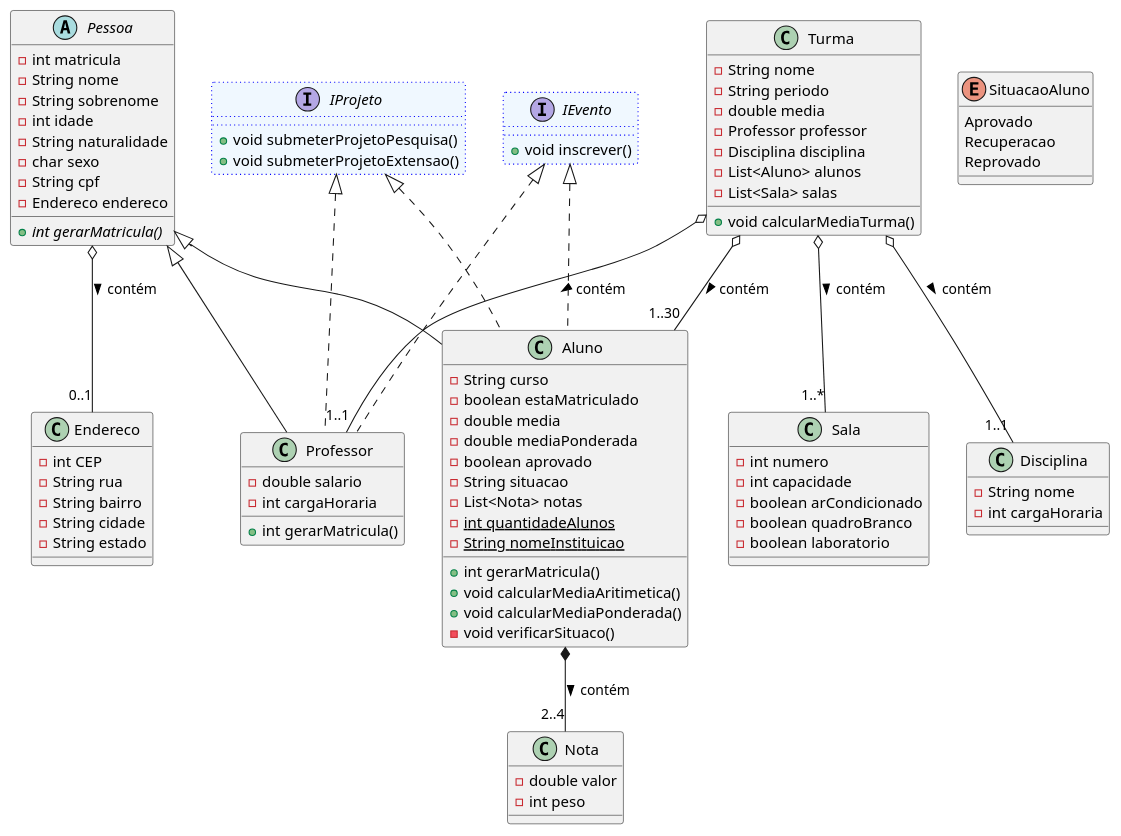
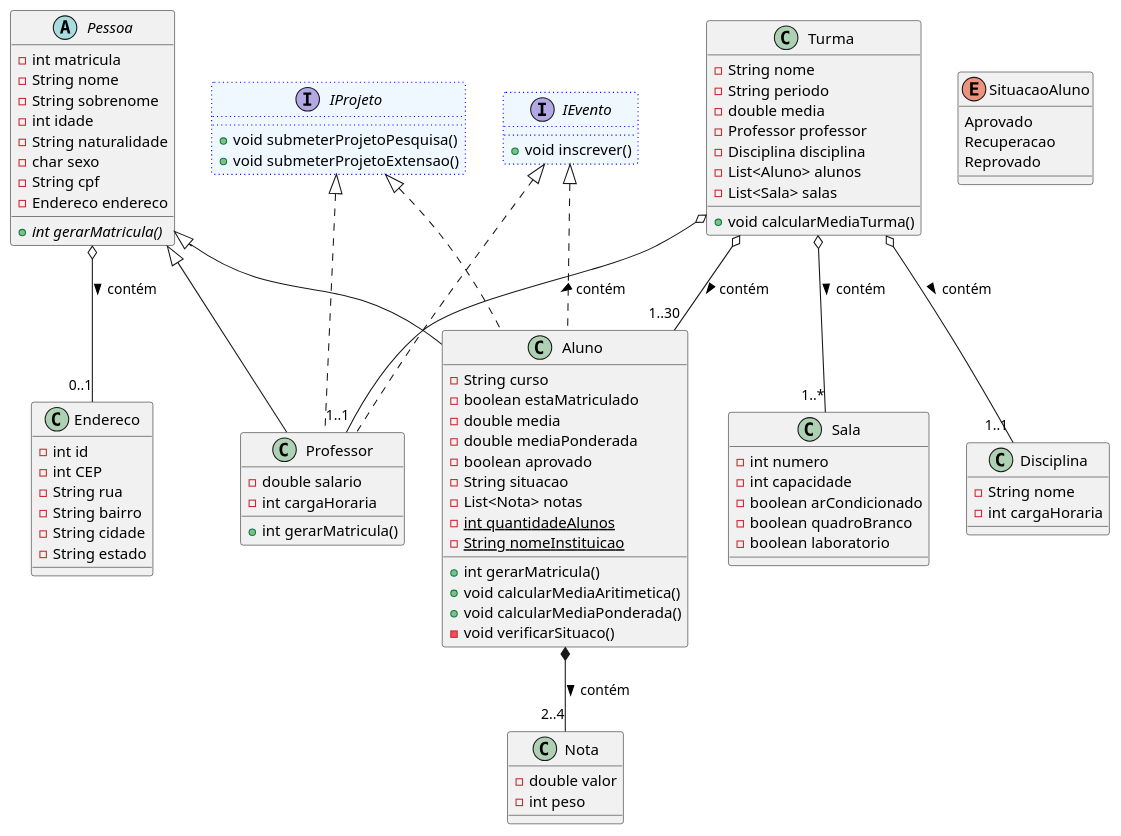
One commit to diegoarmandoo/academico-api changed the diagram in diagramas/DiagramaClasse.wsd. Above: the diagram before and after it, drawn with PlantUML.

Commit message:
refactor(DiagramaClasse): acrescenta id na classe endereco

```diff
--- a/diagramas/DiagramaClasse.wsd
+++ b/diagramas/DiagramaClasse.wsd
@@ -1,112 +1,113 @@
 @startuml Academico
 
     Class Endereco {
+        - int id
         - int CEP
         - String rua
         - String bairro
         - String cidade
         - String estado
     }
 
     abstract Class Pessoa {
         - int matricula
         - String nome
         - String sobrenome
         - int idade
         - String naturalidade
         - char sexo
         - String cpf
         - Endereco endereco
 
         + {abstract} int gerarMatricula()
     }
 
     Class Nota {
         - double valor
         - int peso
     }
 
     Class Aluno {
         - String curso 
         - boolean estaMatriculado
         - double media
         - double mediaPonderada
         - boolean aprovado
         - String situacao
         - List<Nota> notas
         - {static} int quantidadeAlunos
         - {static} String nomeInstituicao
 
         + int gerarMatricula()
         + void calcularMediaAritimetica()
         + void calcularMediaPonderada()
         - void verificarSituaco()
     }
 
     Class Professor {
         - double salario
         - int cargaHoraria
         
         + int gerarMatricula()
     }
 
     Class Disciplina {
         - String nome
         - int cargaHoraria
     }
 
     Class Sala {
         - int numero
         - int capacidade
         - boolean arCondicionado
         - boolean quadroBranco
         - boolean laboratorio
     }
 
     Class Turma {
         - String nome
         - String periodo
         - double media
         - Professor professor
         - Disciplina disciplina
         - List<Aluno> alunos
         - List<Sala> salas
 
         + void calcularMediaTurma()
     }
 
     interface IProjeto #aliceblue ##[dotted]blue {
 
         + void submeterProjetoPesquisa()
         + void submeterProjetoExtensao()
 
     }
 
     interface IEvento #aliceblue ##[dotted]blue {
 
         + void inscrever()
     }
 
     enum SituacaoAluno {
         Aprovado
         Recuperacao
         Reprovado
     }
 
     Pessoa <|-- Aluno
     Pessoa <|-- Professor
     Pessoa o-- "0..1" Endereco : contém >
 
     Aluno *-- "2..4" Nota : contém >
 
     Turma o-- "1..1" Professor : contém >
     Turma o-- "1..1" Disciplina : contém >
     Turma o-- "1..30" Aluno : contém >
     Turma o-- "1..*" Sala : contém >
 
     IProjeto <|.. Professor
     IProjeto <|.. Aluno
     IEvento <|.. Professor
     IEvento <|.. Aluno
 
 @enduml
```
